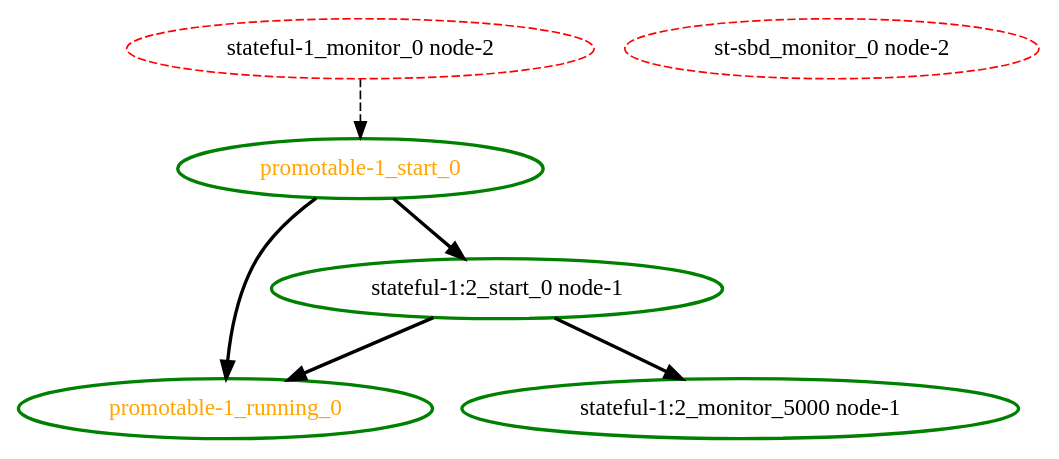
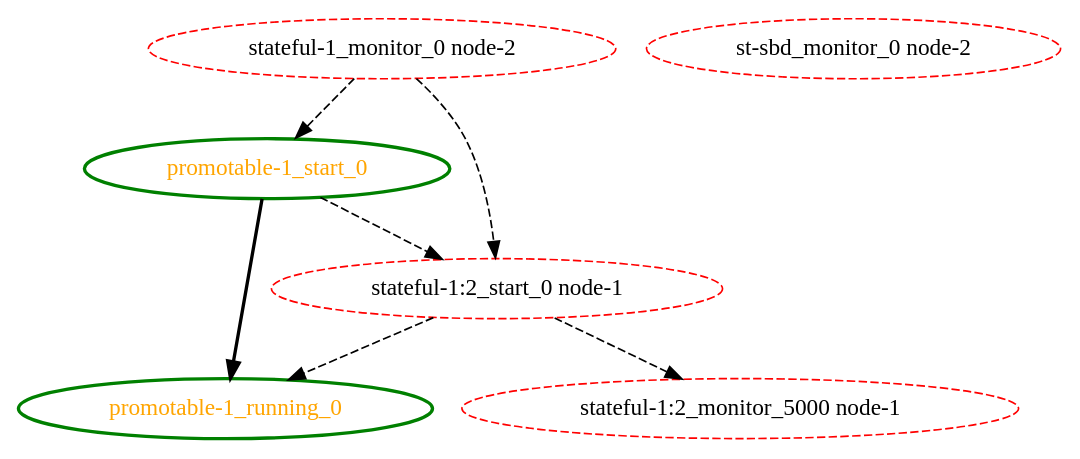
The diagram in cts/scheduler/dot/leftover-pending-monitor.dot (ClusterLabs/pacemaker), drawn with Graphviz before and after one commit. The commit also changed 2 other files, not shown here.

```diff
--- a/cts/scheduler/dot/leftover-pending-monitor.dot
+++ b/cts/scheduler/dot/leftover-pending-monitor.dot
@@ -1,13 +1,14 @@
  digraph "g" {
 "promotable-1_running_0" [ style=bold color="green" fontcolor="orange"]
 "promotable-1_start_0" -> "promotable-1_running_0" [ style = bold]
-"promotable-1_start_0" -> "stateful-1:2_start_0 node-1" [ style = bold]
+"promotable-1_start_0" -> "stateful-1:2_start_0 node-1" [ style = dashed]
 "promotable-1_start_0" [ style=bold color="green" fontcolor="orange"]
 "st-sbd_monitor_0 node-2" [ style=dashed color="red" fontcolor="black"]
-"stateful-1:2_monitor_5000 node-1" [ style=bold color="green" fontcolor="black"]
-"stateful-1:2_start_0 node-1" -> "promotable-1_running_0" [ style = bold]
-"stateful-1:2_start_0 node-1" -> "stateful-1:2_monitor_5000 node-1" [ style = bold]
-"stateful-1:2_start_0 node-1" [ style=bold color="green" fontcolor="black"]
+"stateful-1:2_monitor_5000 node-1" [ style=dashed color="red" fontcolor="black"]
+"stateful-1:2_start_0 node-1" -> "promotable-1_running_0" [ style = dashed]
+"stateful-1:2_start_0 node-1" -> "stateful-1:2_monitor_5000 node-1" [ style = dashed]
+"stateful-1:2_start_0 node-1" [ style=dashed color="red" fontcolor="black"]
 "stateful-1_monitor_0 node-2" -> "promotable-1_start_0" [ style = dashed]
+"stateful-1_monitor_0 node-2" -> "stateful-1:2_start_0 node-1" [ style = dashed]
 "stateful-1_monitor_0 node-2" [ style=dashed color="red" fontcolor="black"]
 }
```
